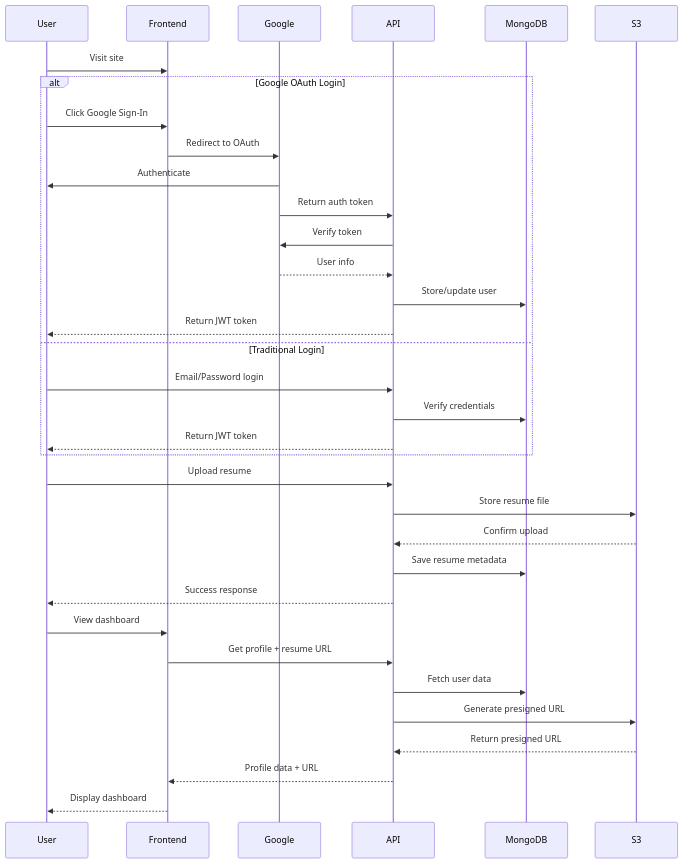
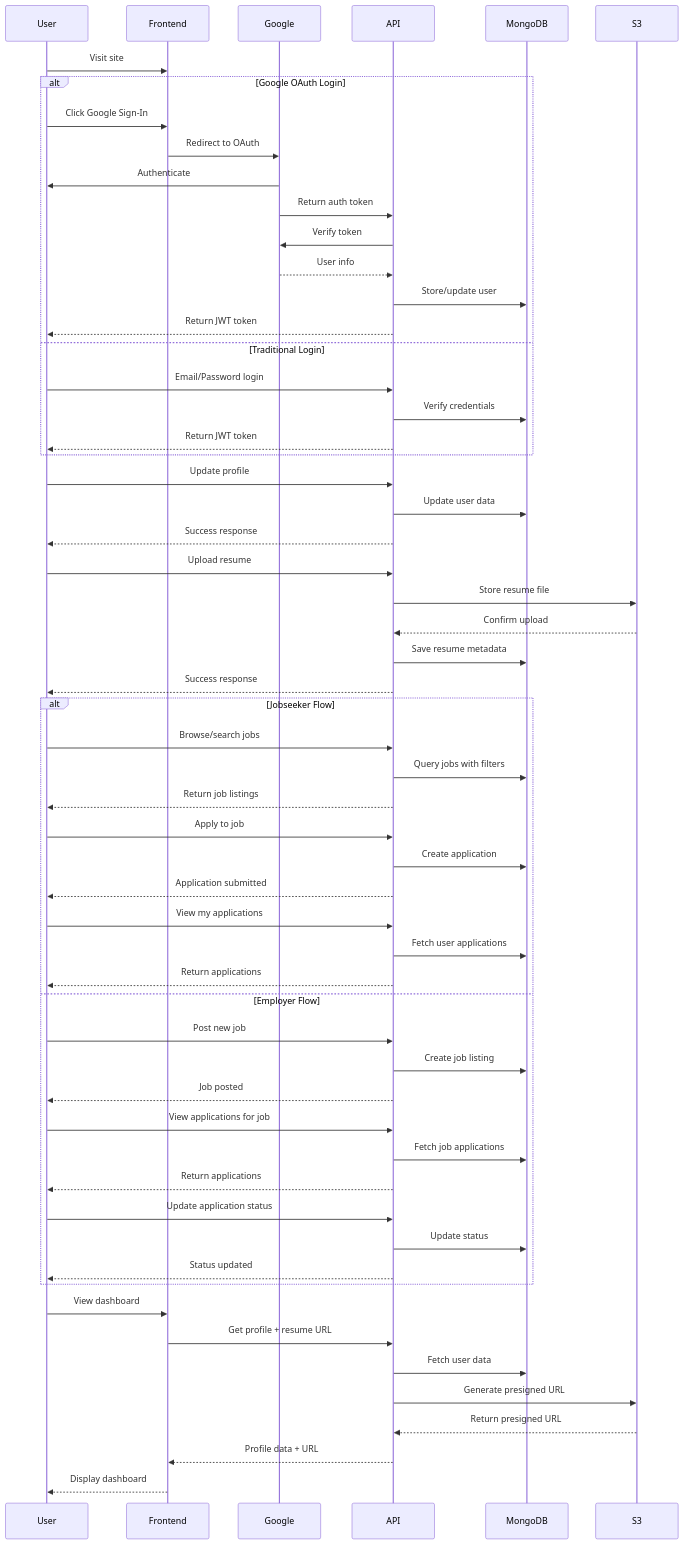
Before and after one commit to Team-Kaizen-MMDC/mmdc-wst: the diagram in README.md, drawn with Mermaid.

Commit message:
feat(docs): enhance sequence diagram in README to include user profile update and jobseeker/employer flows

````diff
--- a/README.md
+++ b/README.md
@@ -49,40 +49,70 @@
 ```mermaid
 sequenceDiagram
     participant User
     participant Frontend
     participant Google
     participant API
     participant MongoDB
     participant S3
 
     User->>Frontend: Visit site
 
     alt Google OAuth Login
         User->>Frontend: Click Google Sign-In
         Frontend->>Google: Redirect to OAuth
         Google->>User: Authenticate
         Google->>API: Return auth token
         API->>Google: Verify token
         Google-->>API: User info
         API->>MongoDB: Store/update user
         API-->>User: Return JWT token
     else Traditional Login
         User->>API: Email/Password login
         API->>MongoDB: Verify credentials
         API-->>User: Return JWT token
     end
 
+    User->>API: Update profile
+    API->>MongoDB: Update user data
+    API-->>User: Success response
+
     User->>API: Upload resume
     API->>S3: Store resume file
     S3-->>API: Confirm upload
     API->>MongoDB: Save resume metadata
     API-->>User: Success response
+
+    alt Jobseeker Flow
+        User->>API: Browse/search jobs
+        API->>MongoDB: Query jobs with filters
+        API-->>User: Return job listings
+
+        User->>API: Apply to job
+        API->>MongoDB: Create application
+        API-->>User: Application submitted
+
+        User->>API: View my applications
+        API->>MongoDB: Fetch user applications
+        API-->>User: Return applications
+    else Employer Flow
+        User->>API: Post new job
+        API->>MongoDB: Create job listing
+        API-->>User: Job posted
+
+        User->>API: View applications for job
+        API->>MongoDB: Fetch job applications
+        API-->>User: Return applications
+
+        User->>API: Update application status
+        API->>MongoDB: Update status
+        API-->>User: Status updated
+    end
 
     User->>Frontend: View dashboard
     Frontend->>API: Get profile + resume URL
     API->>MongoDB: Fetch user data
     API->>S3: Generate presigned URL
     S3-->>API: Return presigned URL
     API-->>Frontend: Profile data + URL
     Frontend-->>User: Display dashboard
 ```
````
